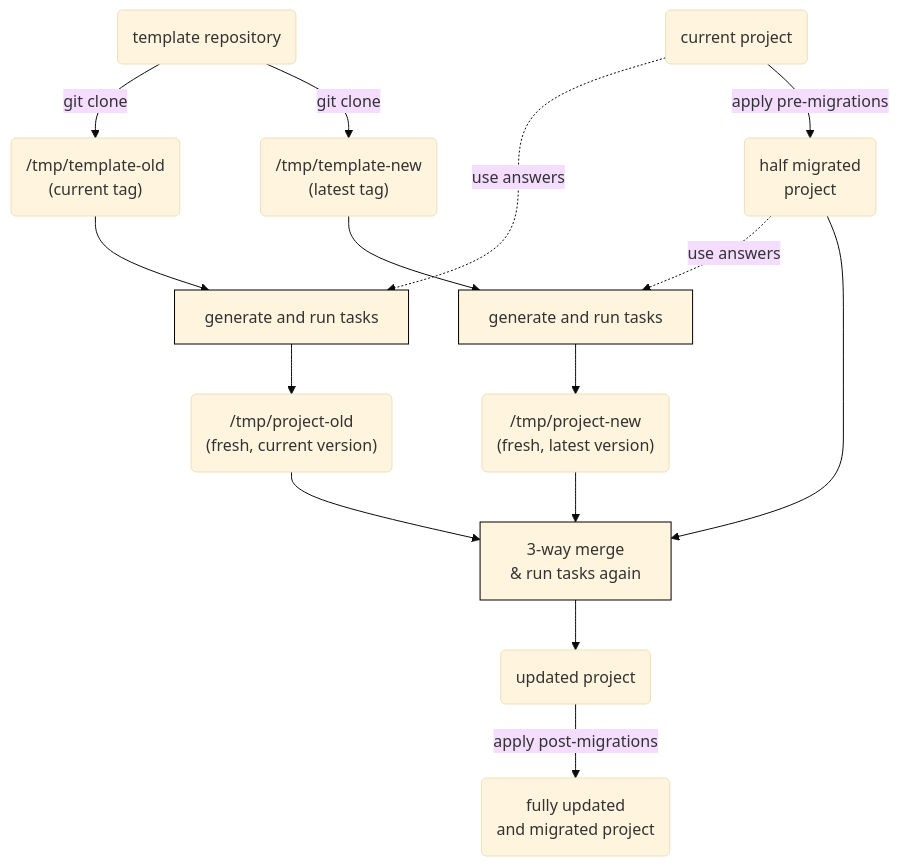
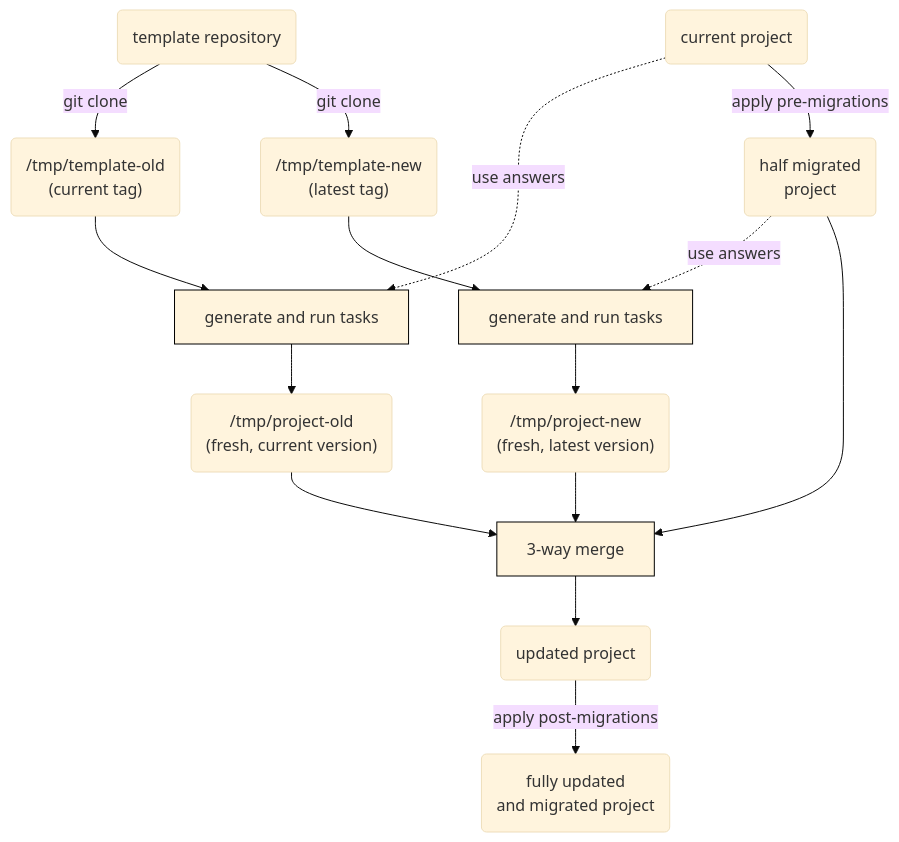
Before and after one commit to copier-org/copier: the diagram in docs/updating.md, drawn with Mermaid (base theme). The commit also changed 2 other files, not shown here.

Commit message:
fix(updating)!: do not run tasks after project update
Running tasks after an update mixes concerns with post-copy tasks and
post-update migration tasks.

BREAKING CHANGE: Copier no longer runs tasks after updating a project.
Use post-update migration tasks instead.

````diff
--- a/docs/updating.md
+++ b/docs/updating.md
@@ -120,40 +120,40 @@
 ```mermaid
 graph TD
 
 %% nodes ----------------------------------------------------------
 template_repo("template repository")
 template_current("/tmp/template-old<br>(current tag)")
 template_latest("/tmp/template-new<br>(latest tag)")
 
 project_regen_current("/tmp/project-old<br>(fresh, current version)")
 project_regen_latest("/tmp/project-new<br>(fresh, latest version)")
 project_current("current project")
 project_half("half migrated<br>project")
 project_updated("updated project")
 project_full("fully updated<br>and migrated project")
 
-update["3-way merge<br>& run tasks again"]
+update["3-way merge"]
 regen_current["generate and run tasks"]
 regen_latest["generate and run tasks"]
 
 %% edges ----------------------------------------------------------
         template_repo --> |git clone| template_current
         template_repo --> |git clone| template_latest
 
      template_current --> regen_current
       project_current .-> |use answers| regen_current
         regen_current --> project_regen_current
       template_latest --> regen_latest
          regen_latest --> project_regen_latest
       project_current --> |apply pre-migrations| project_half
          project_half .-> |use answers| regen_latest
          project_half --> update
 project_regen_current --> update
  project_regen_latest --> update
                update --> project_updated
       project_updated --> |apply post-migrations| project_full
 
 %% style ----------------------------------------------------------
 classDef blackborder stroke:#000;
 class regen_current,regen_latest,update blackborder;
 ```
````
